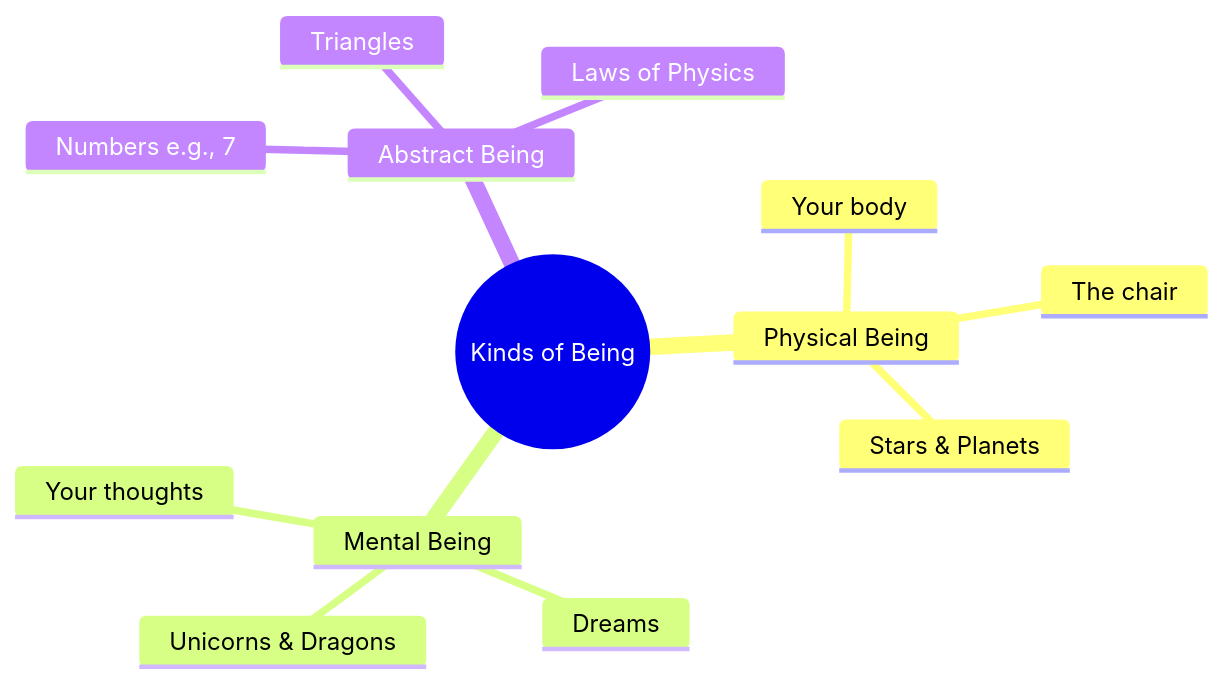
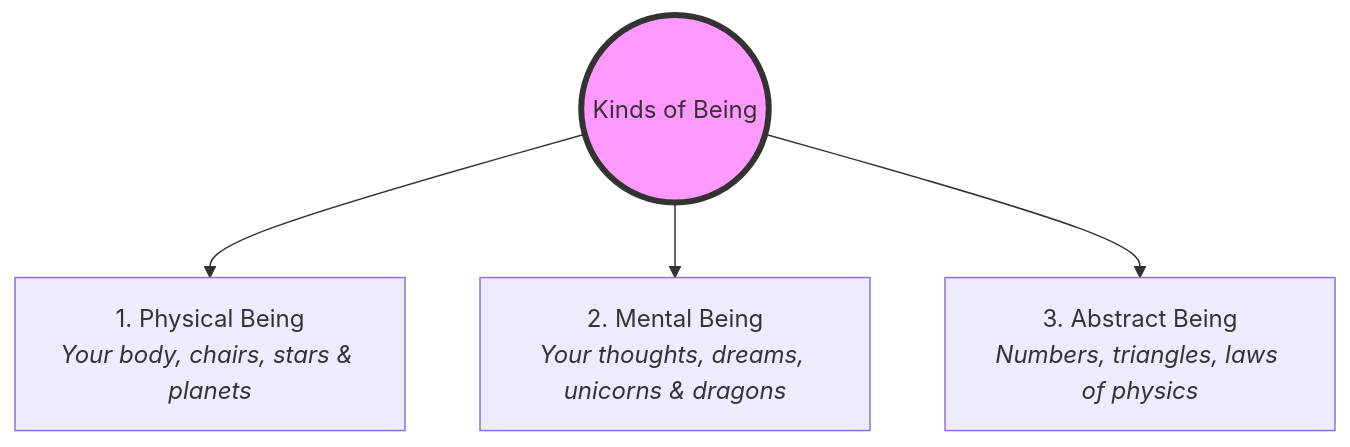
Before and after one commit to AtlasRoX/everything101: the diagram in humanities-finance-society/Philosophy/Being101.md, drawn with Mermaid. The commit also changed 4 other files, not shown here.

Commit message:
fix: convert unsupported mindmap diagrams to standard flowcharts

````diff
--- a/humanities-finance-society/Philosophy/Being101.md
+++ b/humanities-finance-society/Philosophy/Being101.md
@@ -60,16 +60,8 @@
 ```mermaid
-mindmap
-  root((Kinds of Being))
-    Physical Being
-      Your body
-      The chair
-      Stars & Planets
-    Mental Being
-      Your thoughts
-      Dreams
-      Unicorns & Dragons
-    Abstract Being
-      Numbers e.g., 7
-      Triangles
-      Laws of Physics
+graph TD
+    Root((Kinds of Being)) --> Physical["1. Physical Being<br><i>Your body, chairs, stars & planets</i>"]
+    Root --> Mental["2. Mental Being<br><i>Your thoughts, dreams, unicorns & dragons</i>"]
+    Root --> Abstract["3. Abstract Being<br><i>Numbers, triangles, laws of physics</i>"]
+
+    style Root fill:#f9f,stroke:#333,stroke-width:4px
 ```
````
